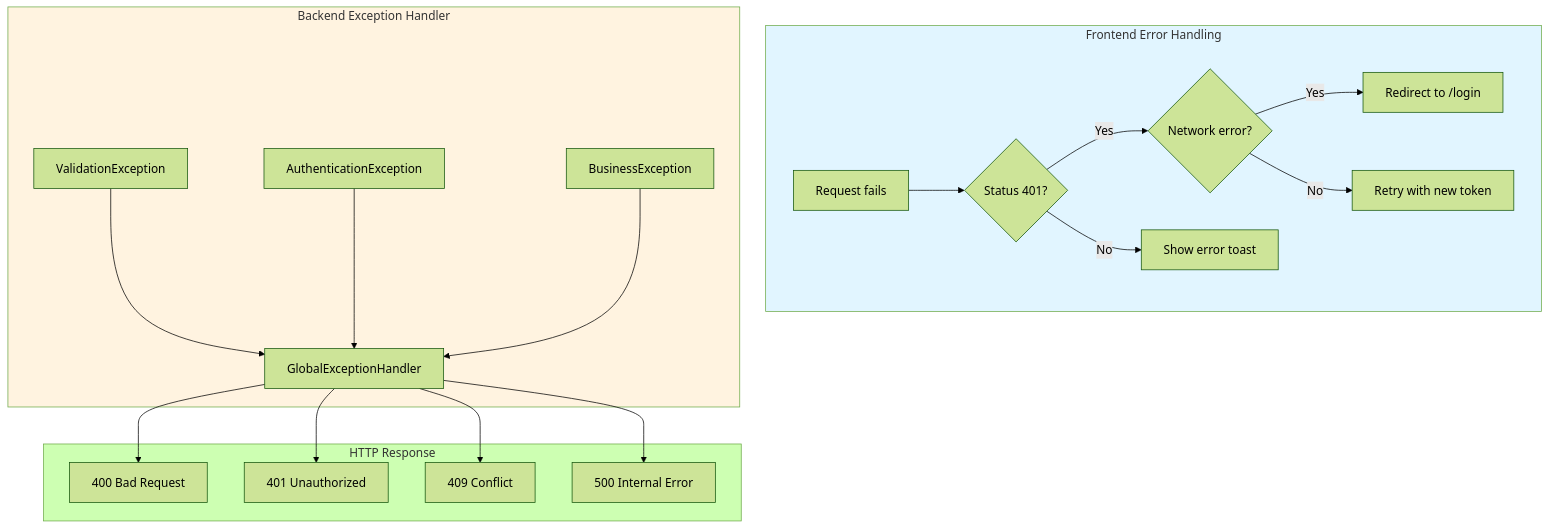
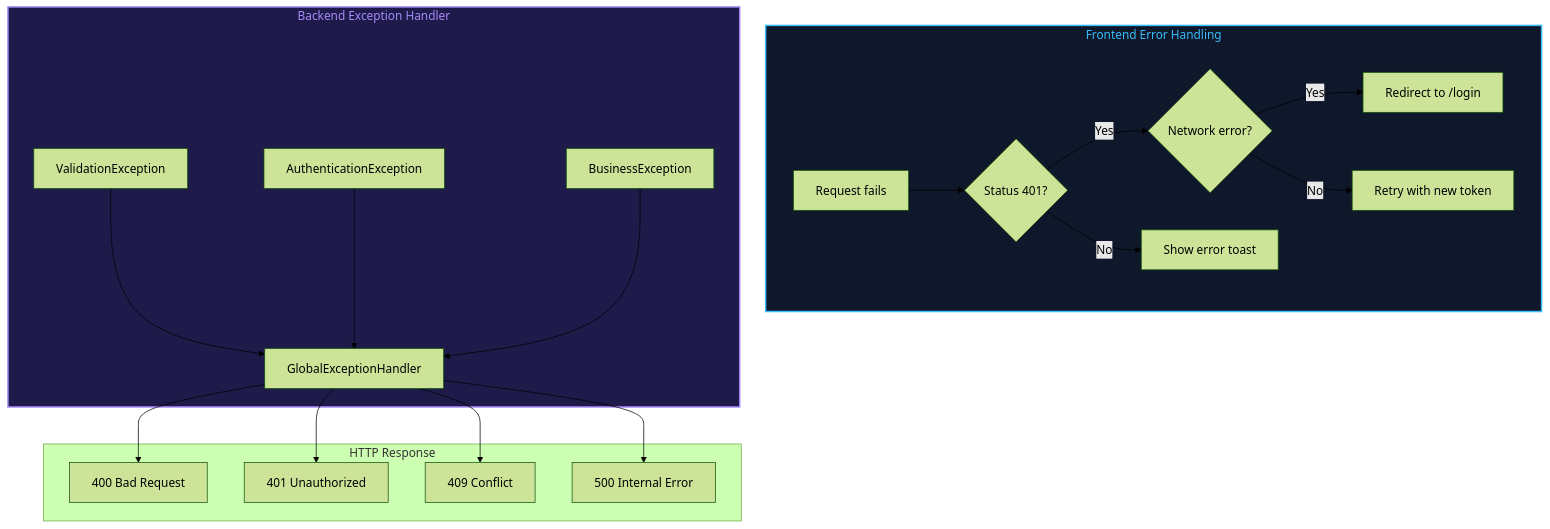
Before and after one commit to loucasty-cell/UIT-Java-Final-Project: diagram 20 of 21 in DEMO.md, drawn with Mermaid (forest theme). The commit also changed other lines of this file, not shown here.

Commit message:
Fix: Correct 16 mermaid syntax errors in DEMO.md diagrams

````diff
--- a/DEMO.md
+++ b/DEMO.md
@@ -1536,43 +2043,43 @@
 ```mermaid
 graph TB
     subgraph Client["Frontend Error Handling"]
-        ReqError["Request fails"]
-        Check401{"Status 401?"}
-        CheckNet{"Network error?"}
-        ShowToast["Show error toast"]
-        RetryLogic["Retry with new token"]
-        Redirect["Redirect to /login"]
+ReqError["Request fails"]
+Check401{"Status 401?"}
+CheckNet{"Network error?"}
+ShowToast["Show error toast"]
+RetryLogic["Retry with new token"]
+Redirect["Redirect to /login"]
     end
     
     subgraph Backend["Backend Exception Handler"]
-        GlobalExc["GlobalExceptionHandler"]
-        ValidationExc["ValidationException"]
-        AuthExc["AuthenticationException"]
-        BusinessExc["BusinessException"]
+GlobalExc["GlobalExceptionHandler"]
+ValidationExc["ValidationException"]
+AuthExc["AuthenticationException"]
+BusinessExc["BusinessException"]
     end
     
     subgraph HTTP["HTTP Response"]
-        Status400["400 Bad Request"]
-        Status401["401 Unauthorized"]
-        Status409["409 Conflict"]
-        Status500["500 Internal Error"]
+Status400["400 Bad Request"]
+Status401["401 Unauthorized"]
+Status409["409 Conflict"]
+Status500["500 Internal Error"]
     end
     
     ReqError --> Check401
     Check401 -->|Yes| CheckNet
     Check401 -->|No| ShowToast
     CheckNet -->|Yes| Redirect
     CheckNet -->|No| RetryLogic
     
     ValidationExc --> GlobalExc
     AuthExc --> GlobalExc
     BusinessExc --> GlobalExc
     
     GlobalExc --> Status400
     GlobalExc --> Status401
     GlobalExc --> Status409
     GlobalExc --> Status500
     
-    style Client fill:#e1f5ff
-    style Backend fill:#fff3e0
+    style Client fill:#0f172a,stroke:#38bdf8,stroke-width:2px,color:#38bdf8
+    style Backend fill:#1e1b4b,stroke:#a78bfa,stroke-width:2px,color:#a78bfa
 ```
````
